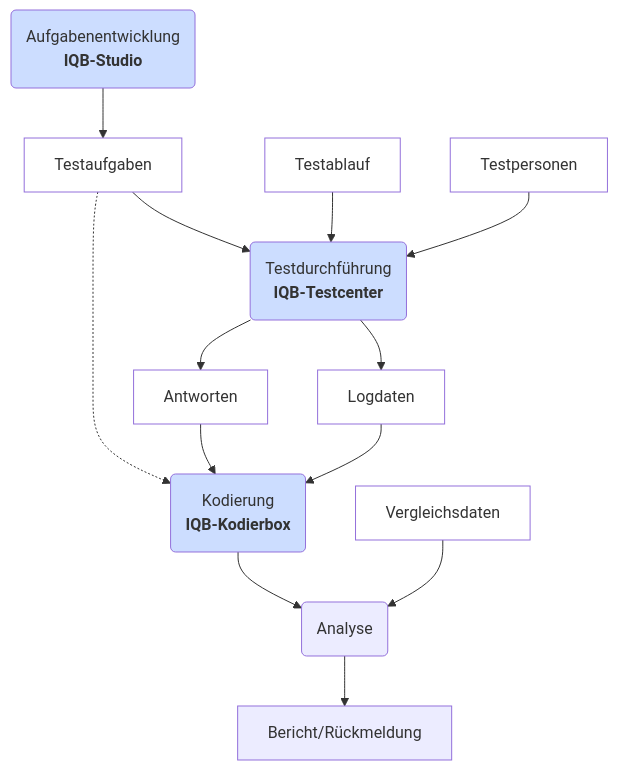
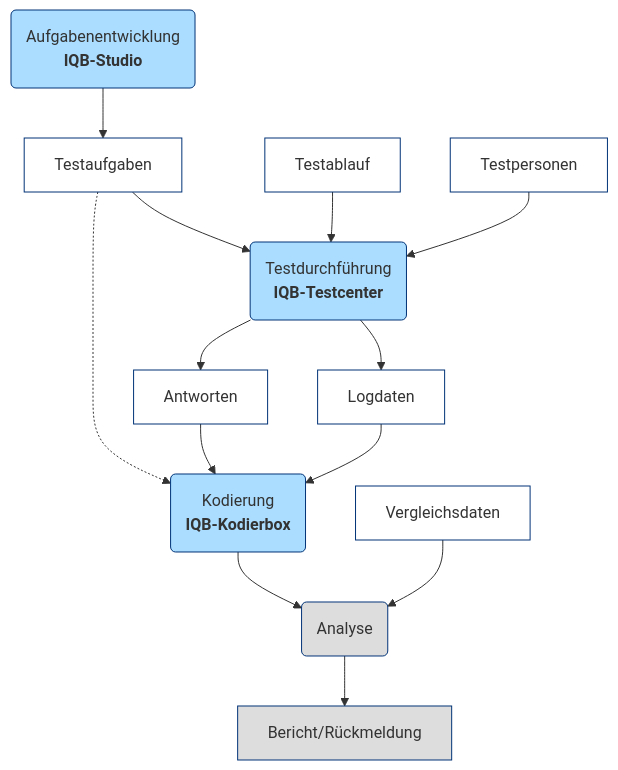
One commit to iqb-berlin/tba-info changed the first of 2 diagrams in intro/index.qmd. Above: the diagram before and after it, drawn with Mermaid. The commit also changed 23 other files, not shown here.

````diff
--- a/intro/index.qmd
+++ b/intro/index.qmd
@@ -17,24 +17,26 @@
 ```{mermaid}
 flowchart TD
     R(Aufgabenentwicklung<br/><b>IQB-Studio</b>) --> H[Testaufgaben]
-    style R fill:#cdf
-    style H fill:white
+    style R fill:#adf, stroke:#037
+    style H fill:white, stroke:#037
     H --> B
     G[Testablauf] --> B
-    style G fill:white
+    style G fill:white, stroke:#037
     A[Testpersonen] --> B(Testdurchführung<br/><b>IQB-Testcenter</b>)
-    style A fill:white
-    style B fill:#cdf
+    style A fill:white, stroke:#037
+    style B fill:#adf, stroke:#037
     B --> K[Antworten]
-    style K fill:white
+    style K fill:white, stroke:#037
     B --> J[Logdaten]
-    style J fill:white
+    style J fill:white, stroke:#037
     H -.-> C(Kodierung<br/><b>IQB-Kodierbox</b>)
-    style C fill:#cdf
+    style C fill:#adf, stroke:#037
     K --> C
     J --> C
     C -->D(Analyse)
+    style D fill:#ddd, stroke:#037
     L[Vergleichsdaten] --> D
-    style L fill:white
-    D -->E[Bericht/Rückmeldung]    
+    style L fill:white, stroke:#037
+    D -->E[Bericht/Rückmeldung]
+    style E fill:#ddd, stroke:#037
 ```
````
